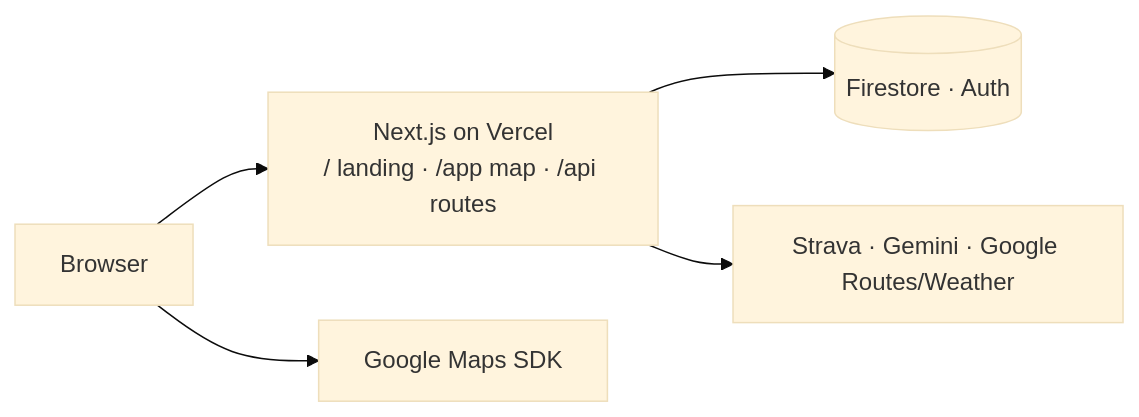
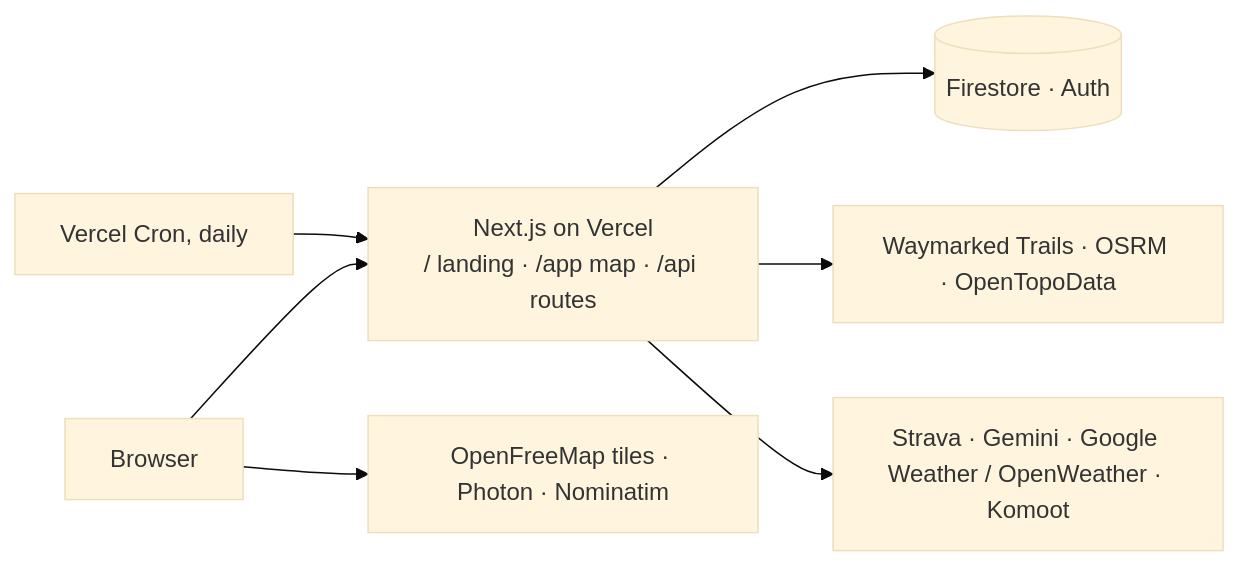
Before and after one commit to Oweeboi011/Fit-Ready-IQ: the diagram in README.md, drawn with Mermaid (base theme). The commit also changed other lines of this file and 9 other files, not shown here.

````diff
--- a/README.md
+++ b/README.md
@@ -29,7 +50,9 @@
 ```mermaid
 flowchart LR
     B[Browser] --> N["Next.js on Vercel<br/>/ landing · /app map · /api routes"]
-    B --> G[Google Maps SDK]
+    B --> T["OpenFreeMap tiles · Photon · Nominatim"]
     N --> F[(Firestore · Auth)]
-    N --> X[Strava · Gemini · Google Routes/Weather]
+    N --> O["Waymarked Trails · OSRM · OpenTopoData"]
+    N --> X["Strava · Gemini · Google Weather / OpenWeather · Komoot"]
+    C[Vercel Cron, daily] --> N
 ```
````
